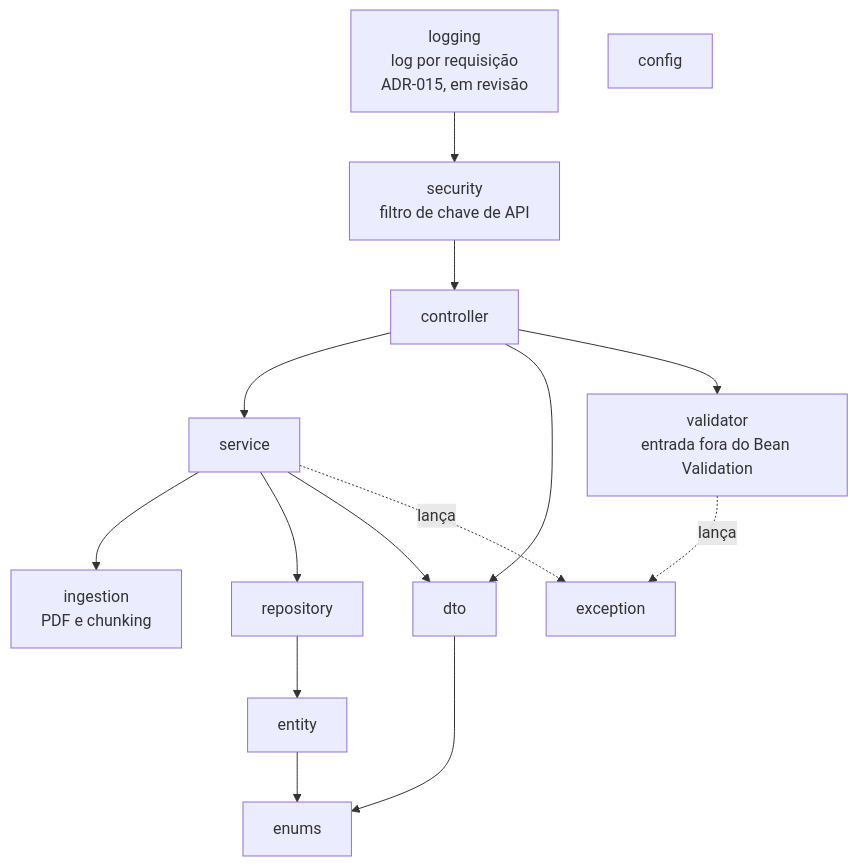
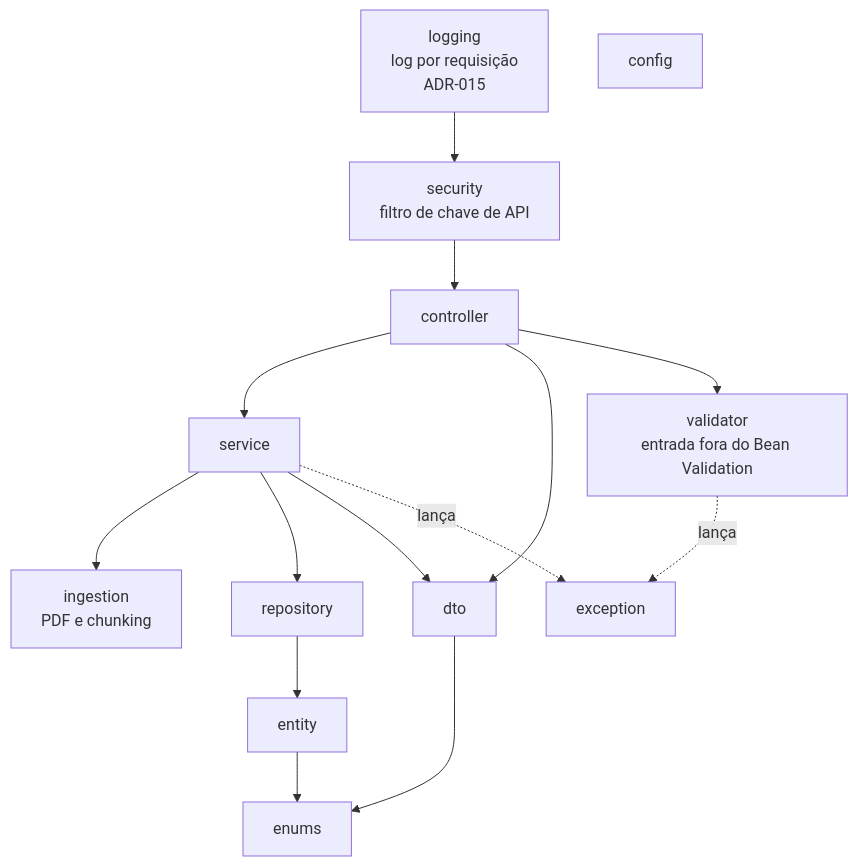
The diagram in docs/arquitetura/02 Componentes e camadas.md (ValSousa/tenant-rag-pgvector), drawn with Mermaid before and after one commit. The commit also changed other lines of this file and 66 other files, not shown here.

````diff
--- a/docs/arquitetura/02 Componentes e camadas.md
+++ b/docs/arquitetura/02 Componentes e camadas.md
@@ -5,29 +5,29 @@
 ```mermaid
 flowchart TB
-    log[logging<br/>log por requisição<br/>ADR-015, em revisão]
+    log[logging<br/>log por requisição<br/>ADR-015]
     sec[security<br/>filtro de chave de API]
     ctl[controller]
     val[validator<br/>entrada fora do Bean Validation]
     svc[service]
     ing[ingestion<br/>PDF e chunking]
     repo[repository]
     ent[entity]
     dto[dto]
     enm[enums]
     exc[exception]
     cfg[config]
 
     log --> sec
     sec --> ctl
     ctl --> svc
     ctl --> dto
     ctl --> val
     svc --> ing
     svc --> repo
     svc --> dto
     repo --> ent
     ent --> enm
     dto --> enm
     svc -.lança.-> exc
     val -.lança.-> exc
 ```
````
